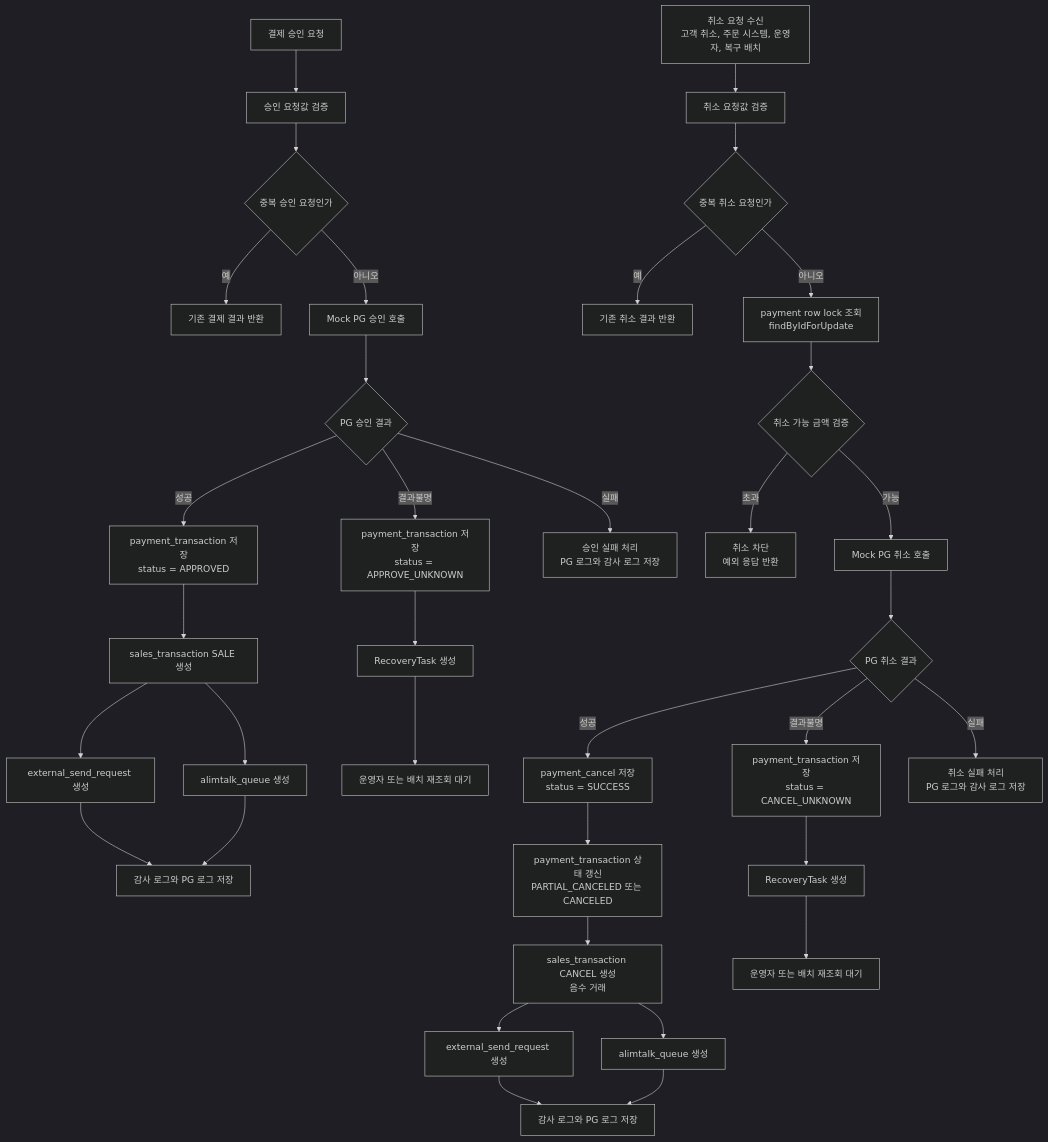
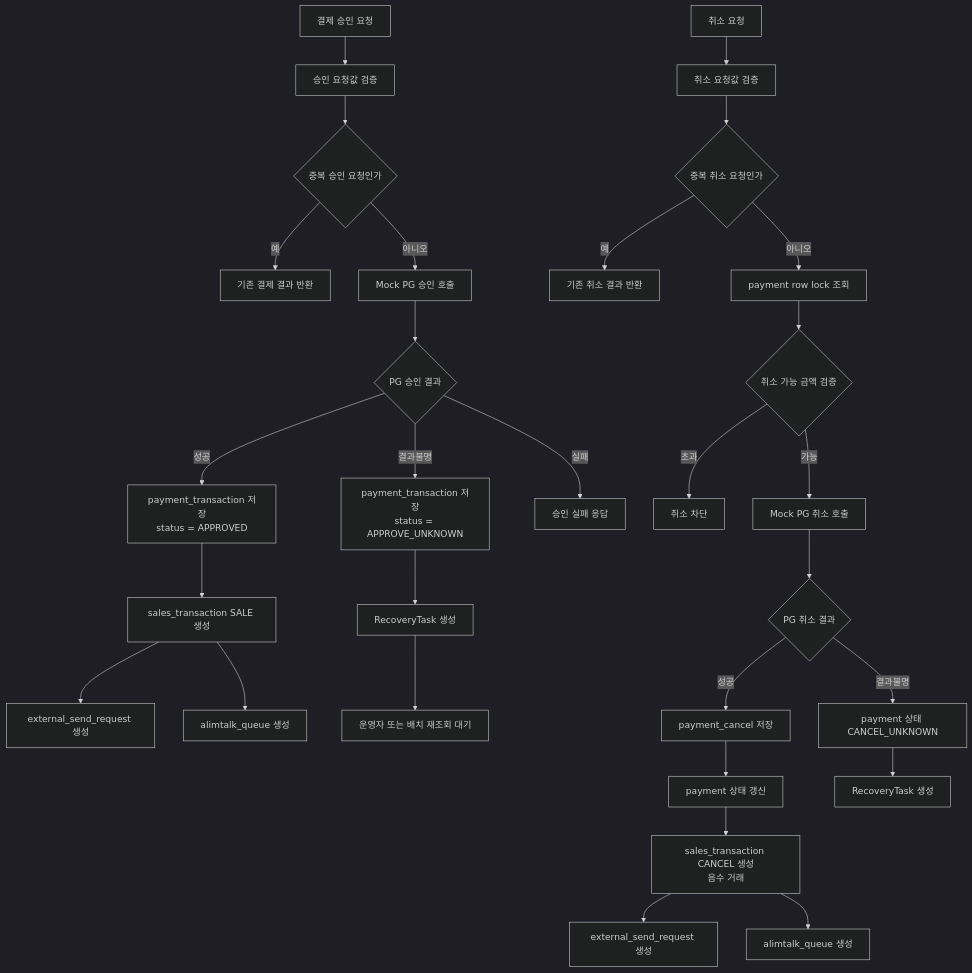
One commit to Yeni924/yeni-backoffice changed the first of 2 diagrams in README.md. Above: the diagram before and after it, drawn with Mermaid (dark theme). The commit also changed other lines of this file and 11 other files, not shown here.

````diff
--- a/README.md
+++ b/README.md
@@ -65,45 +62,37 @@
 ```mermaid
 flowchart TD
     A[결제 승인 요청] --> B[승인 요청값 검증]
     B --> C{중복 승인 요청인가}
     C -- 예 --> C1[기존 결제 결과 반환]
     C -- 아니오 --> D[Mock PG 승인 호출]
 
     D --> E{PG 승인 결과}
     E -- 성공 --> F[payment_transaction 저장<br/>status = APPROVED]
     F --> G[sales_transaction SALE 생성]
     G --> H[external_send_request 생성]
     G --> I[alimtalk_queue 생성]
-    H --> J[감사 로그와 PG 로그 저장]
-    I --> J
 
-    E -- 결과불명 --> K[payment_transaction 저장<br/>status = APPROVE_UNKNOWN]
-    K --> L[RecoveryTask 생성]
-    L --> M[운영자 또는 배치 재조회 대기]
+    E -- 결과불명 --> J[payment_transaction 저장<br/>status = APPROVE_UNKNOWN]
+    J --> K[RecoveryTask 생성]
+    K --> L[운영자 또는 배치 재조회 대기]
 
-    E -- 실패 --> N[승인 실패 처리<br/>PG 로그와 감사 로그 저장]
+    E -- 실패 --> M[승인 실패 응답]
 
-    O[취소 요청 수신<br/>고객 취소, 주문 시스템, 운영자, 복구 배치] --> P[취소 요청값 검증]
-    P --> Q{중복 취소 요청인가}
-    Q -- 예 --> Q1[기존 취소 결과 반환]
-    Q -- 아니오 --> R[payment row lock 조회<br/>findByIdForUpdate]
+    N[취소 요청] --> O[취소 요청값 검증]
+    O --> P{중복 취소 요청인가}
+    P -- 예 --> P1[기존 취소 결과 반환]
+    P -- 아니오 --> Q[payment row lock 조회]
+    Q --> R{취소 가능 금액 검증}
+    R -- 초과 --> R1[취소 차단]
+    R -- 가능 --> S[Mock PG 취소 호출]
 
-    R --> S{취소 가능 금액 검증}
-    S -- 초과 --> S1[취소 차단<br/>예외 응답 반환]
-    S -- 가능 --> T[Mock PG 취소 호출]
+    S --> T{PG 취소 결과}
+    T -- 성공 --> U[payment_cancel 저장]
+    U --> V[payment 상태 갱신]
+    V --> W[sales_transaction CANCEL 생성<br/>음수 거래]
+    W --> X[external_send_request 생성]
+    W --> Y[alimtalk_queue 생성]
 
-    T --> U{PG 취소 결과}
-    U -- 성공 --> V[payment_cancel 저장<br/>status = SUCCESS]
-    V --> W[payment_transaction 상태 갱신<br/>PARTIAL_CANCELED 또는 CANCELED]
-    W --> X[sales_transaction CANCEL 생성<br/>음수 거래]
-    X --> Y[external_send_request 생성]
-    X --> Z[alimtalk_queue 생성]
-    Y --> AA[감사 로그와 PG 로그 저장]
-    Z --> AA
-
-    U -- 결과불명 --> AB[payment_transaction 저장<br/>status = CANCEL_UNKNOWN]
-    AB --> AC[RecoveryTask 생성]
-    AC --> AD[운영자 또는 배치 재조회 대기]
-
-    U -- 실패 --> AE[취소 실패 처리<br/>PG 로그와 감사 로그 저장]
+    T -- 결과불명 --> Z[payment 상태 CANCEL_UNKNOWN]
+    Z --> AA[RecoveryTask 생성]
 ```
````
